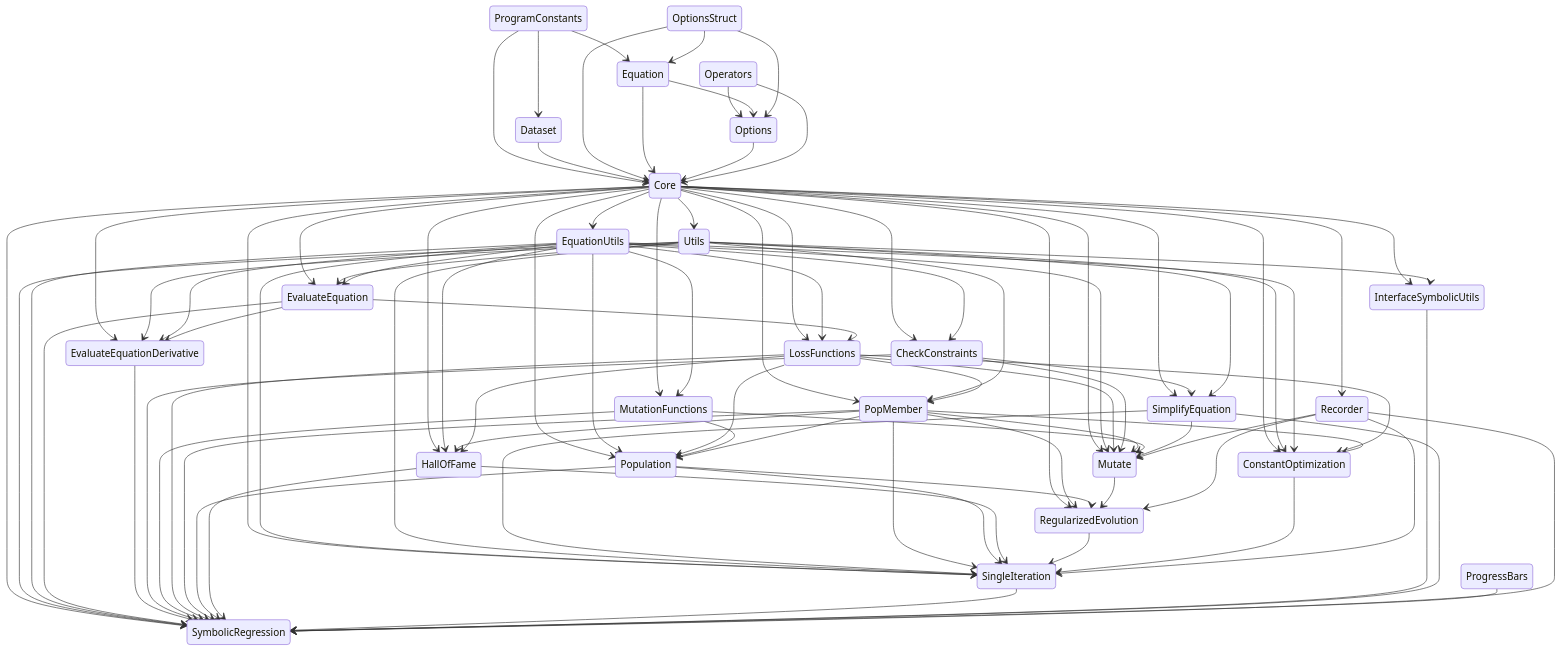
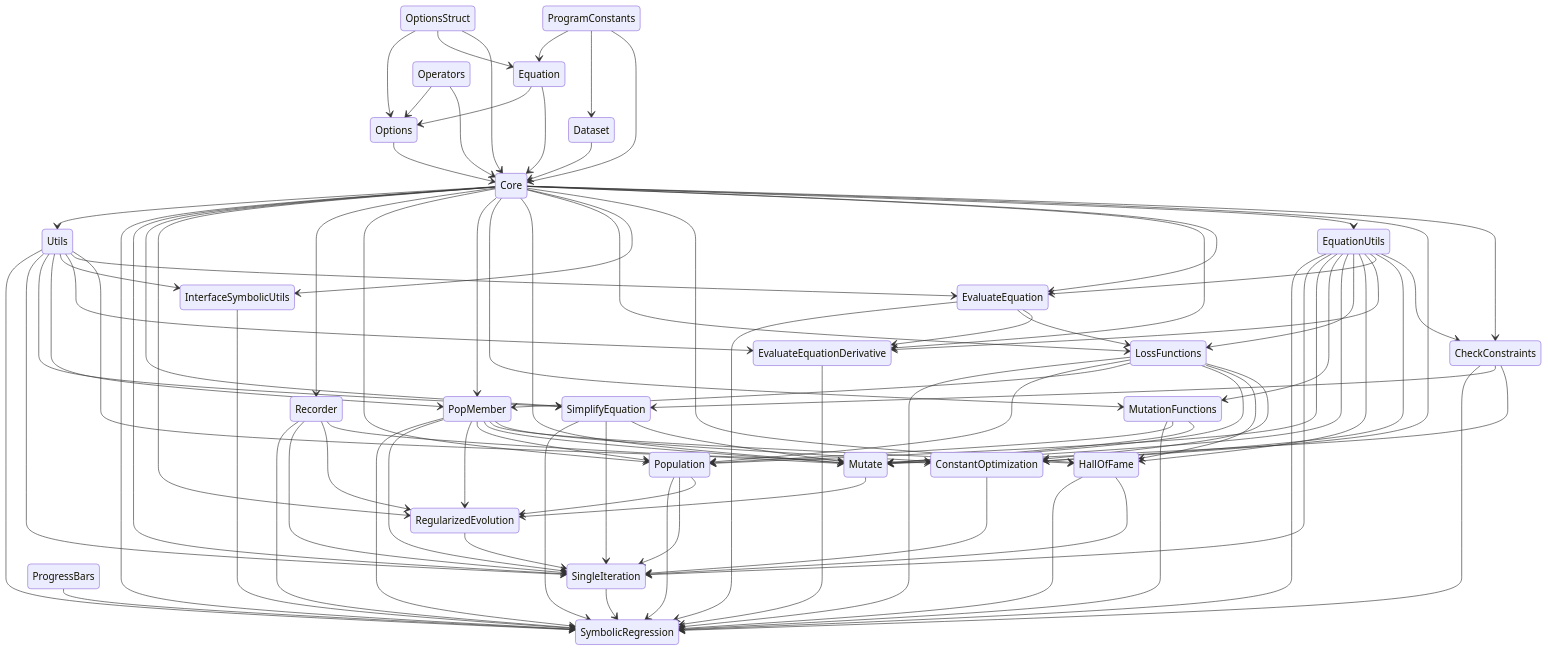
Before and after one commit to MilesCranmer/SymbolicRegression.jl: the diagram in README.md, drawn with Mermaid. The commit also changed other lines of this file, not shown here.

Commit message:
Sort dependency graph source

````diff
--- a/README.md
+++ b/README.md
@@ -75,93 +75,93 @@
 ```mermaid
 stateDiagram-v2
+CheckConstraints --> Mutate
+CheckConstraints --> SimplifyEquation
+CheckConstraints --> SymbolicRegression
+ConstantOptimization --> SingleIteration
 Core --> CheckConstraints
+Core --> ConstantOptimization
+Core --> EquationUtils
+Core --> EvaluateEquation
+Core --> EvaluateEquationDerivative
+Core --> HallOfFame
+Core --> InterfaceSymbolicUtils
+Core --> LossFunctions
+Core --> Mutate
+Core --> MutationFunctions
+Core --> PopMember
+Core --> Population
+Core --> Recorder
+Core --> RegularizedEvolution
+Core --> SimplifyEquation
+Core --> SingleIteration
+Core --> SymbolicRegression
+Core --> Utils
+Dataset --> Core
+Equation --> Core
+Equation --> Options
 EquationUtils --> CheckConstraints
-Core --> ConstantOptimization
-Utils --> ConstantOptimization
 EquationUtils --> ConstantOptimization
+EquationUtils --> EvaluateEquation
+EquationUtils --> EvaluateEquationDerivative
+EquationUtils --> HallOfFame
+EquationUtils --> LossFunctions
+EquationUtils --> Mutate
+EquationUtils --> MutationFunctions
+EquationUtils --> Population
+EquationUtils --> SingleIteration
+EquationUtils --> SymbolicRegression
+EvaluateEquation --> EvaluateEquationDerivative
+EvaluateEquation --> LossFunctions
+EvaluateEquation --> SymbolicRegression
+EvaluateEquationDerivative --> SymbolicRegression
+HallOfFame --> SingleIteration
+HallOfFame --> SymbolicRegression
+InterfaceSymbolicUtils --> SymbolicRegression
 LossFunctions --> ConstantOptimization
+LossFunctions --> HallOfFame
+LossFunctions --> Mutate
+LossFunctions --> PopMember
+LossFunctions --> Population
+LossFunctions --> SymbolicRegression
+Mutate --> RegularizedEvolution
+MutationFunctions --> Mutate
+MutationFunctions --> Population
+MutationFunctions --> SymbolicRegression
+Operators --> Core
+Operators --> Options
+Options --> Core
+OptionsStruct --> Core
+OptionsStruct --> Equation
+OptionsStruct --> Options
 PopMember --> ConstantOptimization
+PopMember --> HallOfFame
+PopMember --> Mutate
+PopMember --> Population
+PopMember --> RegularizedEvolution
+PopMember --> SingleIteration
+PopMember --> SymbolicRegression
+Population --> RegularizedEvolution
+Population --> SingleIteration
+Population --> SymbolicRegression
 ProgramConstants --> Core
-Dataset --> Core
-OptionsStruct --> Core
-Equation --> Core
-Options --> Core
-Operators --> Core
 ProgramConstants --> Dataset
 ProgramConstants --> Equation
-OptionsStruct --> Equation
-Core --> EquationUtils
-Core --> EvaluateEquation
+ProgressBars --> SymbolicRegression
+Recorder --> Mutate
+Recorder --> RegularizedEvolution
+Recorder --> SingleIteration
+Recorder --> SymbolicRegression
+RegularizedEvolution --> SingleIteration
+SimplifyEquation --> Mutate
+SimplifyEquation --> SingleIteration
+SimplifyEquation --> SymbolicRegression
+SingleIteration --> SymbolicRegression
+Utils --> ConstantOptimization
 Utils --> EvaluateEquation
-EquationUtils --> EvaluateEquation
-Core --> EvaluateEquationDerivative
 Utils --> EvaluateEquationDerivative
-EquationUtils --> EvaluateEquationDerivative
-EvaluateEquation --> EvaluateEquationDerivative
-Core --> HallOfFame
-EquationUtils --> HallOfFame
-PopMember --> HallOfFame
-LossFunctions --> HallOfFame
-Core --> InterfaceSymbolicUtils
 Utils --> InterfaceSymbolicUtils
-Core --> LossFunctions
-EquationUtils --> LossFunctions
-EvaluateEquation --> LossFunctions
-Core --> Mutate
-EquationUtils --> Mutate
-LossFunctions --> Mutate
-CheckConstraints --> Mutate
-PopMember --> Mutate
-MutationFunctions --> Mutate
-SimplifyEquation --> Mutate
-Recorder --> Mutate
-Core --> MutationFunctions
-EquationUtils --> MutationFunctions
-Operators --> Options
-Equation --> Options
-OptionsStruct --> Options
-Core --> PopMember
 Utils --> PopMember
-LossFunctions --> PopMember
-Core --> Population
-EquationUtils --> Population
-LossFunctions --> Population
-MutationFunctions --> Population
-PopMember --> Population
-Core --> Recorder
-Core --> RegularizedEvolution
-PopMember --> RegularizedEvolution
-Population --> RegularizedEvolution
-Mutate --> RegularizedEvolution
-Recorder --> RegularizedEvolution
-Core --> SimplifyEquation
-CheckConstraints --> SimplifyEquation
 Utils --> SimplifyEquation
-Core --> SingleIteration
-EquationUtils --> SingleIteration
 Utils --> SingleIteration
-SimplifyEquation --> SingleIteration
-PopMember --> SingleIteration
-Population --> SingleIteration
-HallOfFame --> SingleIteration
-RegularizedEvolution --> SingleIteration
-ConstantOptimization --> SingleIteration
-Recorder --> SingleIteration
-Core --> SymbolicRegression
 Utils --> SymbolicRegression
-EquationUtils --> SymbolicRegression
-EvaluateEquation --> SymbolicRegression
-EvaluateEquationDerivative --> SymbolicRegression
-CheckConstraints --> SymbolicRegression
-MutationFunctions --> SymbolicRegression
-LossFunctions --> SymbolicRegression
-PopMember --> SymbolicRegression
-Population --> SymbolicRegression
-HallOfFame --> SymbolicRegression
-SingleIteration --> SymbolicRegression
-InterfaceSymbolicUtils --> SymbolicRegression
-SimplifyEquation --> SymbolicRegression
-ProgressBars --> SymbolicRegression
-Recorder --> SymbolicRegression
-Core --> Utils
 ```
````
